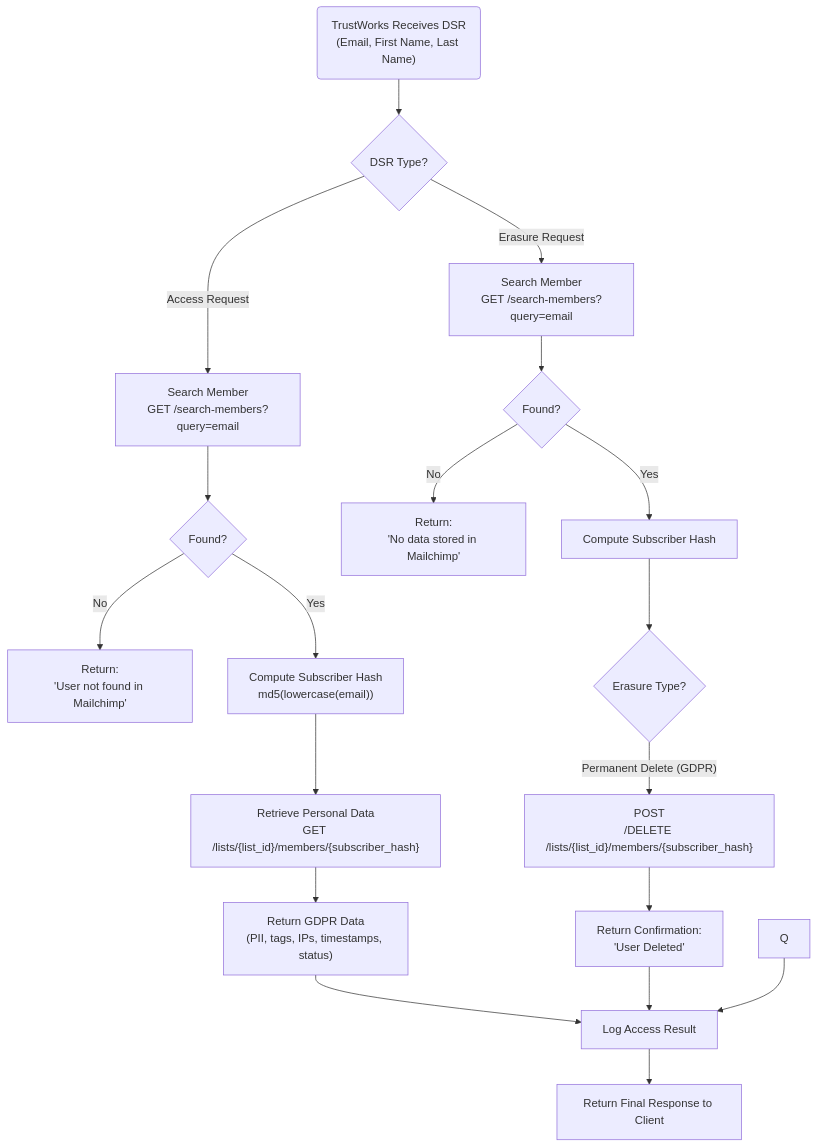
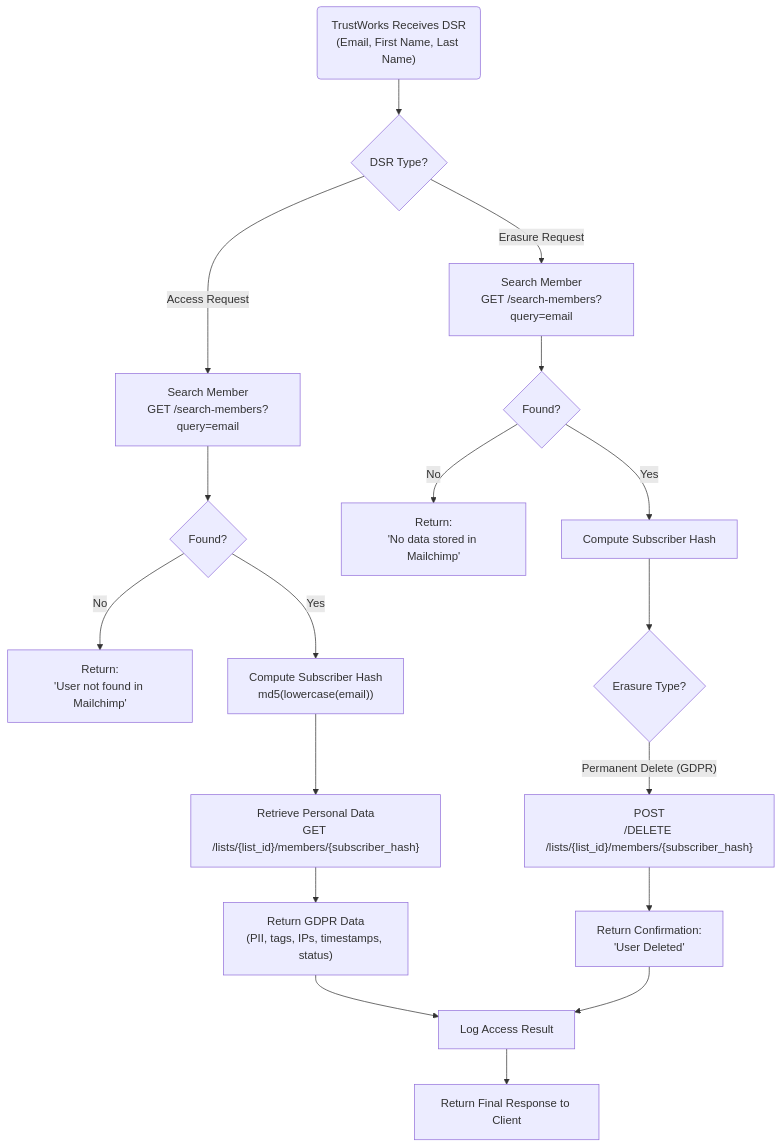
One commit to pratah/mailchimp-api changed the diagram in recruitment-assignment.md. Above: the diagram before and after it, drawn with Mermaid.

````diff
--- a/recruitment-assignment.md
+++ b/recruitment-assignment.md
@@ -27,27 +27,26 @@
 ```mermaid
 flowchart TD
     A("TrustWorks Receives DSR<br/>(Email, First Name, Last Name)") --> B{"DSR Type?"}
     
     %% Access Request Path
     B -->|"Access Request"| C["Search Member<br/>GET /search-members?query=email"]
     C --> D{"Found?"}
     D -->|"No"| E["Return:<br/>'User not found in Mailchimp'"]
     D -->|"Yes"| F["Compute Subscriber Hash<br/>md5(lowercase(email))"]
     F --> G["Retrieve Personal Data<br/>GET /lists/{list_id}/members/{subscriber_hash}"]
     G --> H["Return GDPR Data<br/>(PII, tags, IPs, timestamps, status)"]
     
     %% Erasure Request Path
     B -->|"Erasure Request"| I["Search Member<br/>GET /search-members?query=email"]
     I --> J{"Found?"}
     J -->|"No"| K["Return:<br/>'No data stored in Mailchimp'"]
     J -->|"Yes"| L["Compute Subscriber Hash"]
     L --> M{"Erasure Type?"}
     M -->|"Permanent Delete (GDPR)"| N["POST<br/>/DELETE /lists/{list_id}/members/{subscriber_hash}"]
     N --> O["Return Confirmation:<br/>'User Deleted'"]
     
     %% Logs
     H --> R["Log Access Result"]
     O --> R
-    Q --> R
     R --> S["Return Final Response to Client"]
 ```
````
